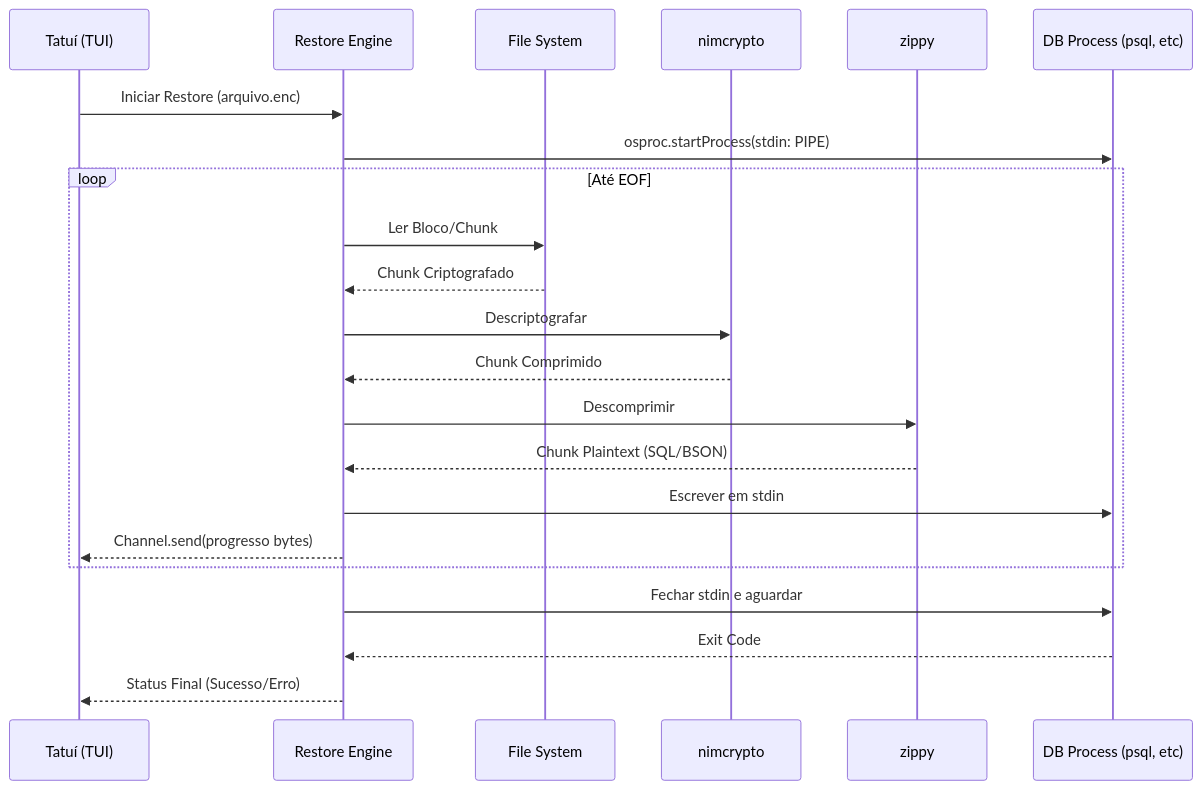
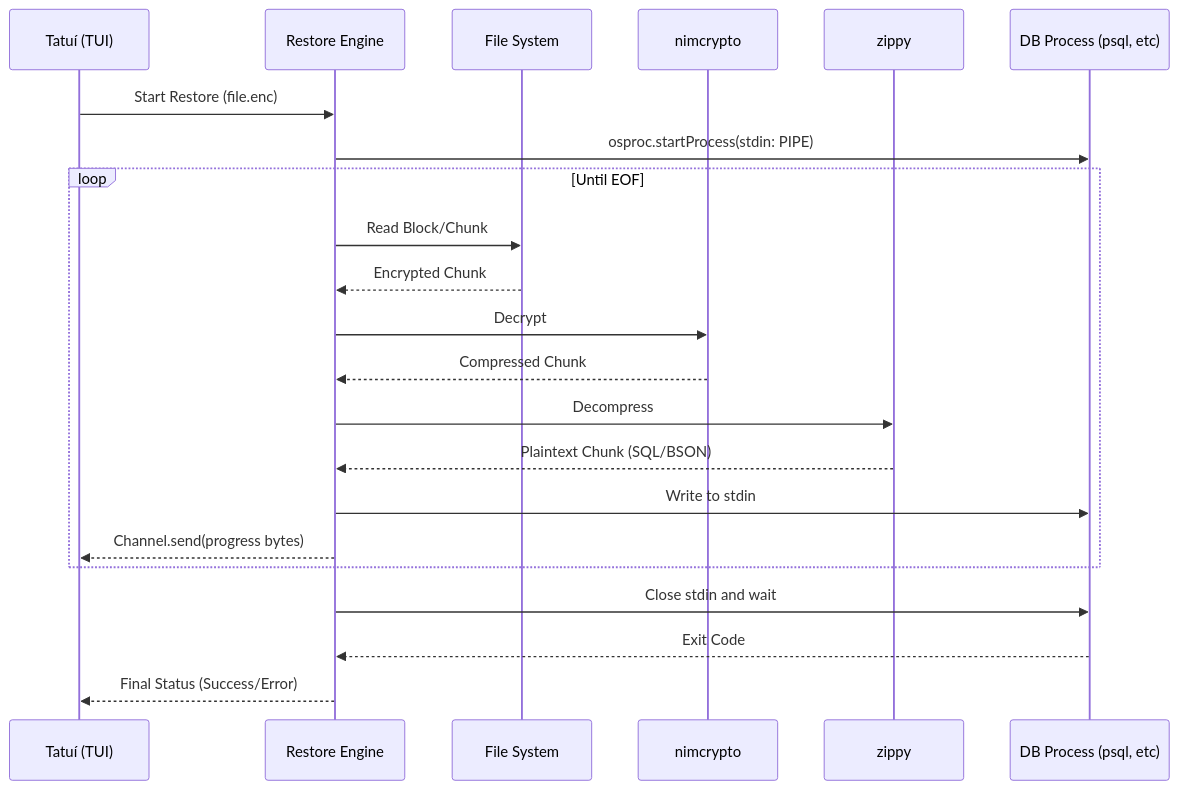
One commit to invector-tecnologia/cambalhota changed the diagram in docs/engineering/adrs/005_restore_engine_and_local_listing.md. Above: the diagram before and after it, drawn with Mermaid. The commit also changed other lines of this file and 60 other files, not shown here.

````diff
--- a/docs/engineering/adrs/005_restore_engine_and_local_listing.md
+++ b/docs/engineering/adrs/005_restore_engine_and_local_listing.md
@@ -29,30 +29,30 @@
 ```mermaid
 sequenceDiagram
     participant TUI as Tatuí (TUI)
     participant RE as Restore Engine
     participant FS as File System
     participant NC as nimcrypto
     participant ZP as zippy
     participant DB as DB Process (psql, etc)
 
-    TUI->>RE: Iniciar Restore (arquivo.enc)
+    TUI->>RE: Start Restore (file.enc)
     RE->>DB: osproc.startProcess(stdin: PIPE)
     
-    loop Até EOF
-        RE->>FS: Ler Bloco/Chunk
-        FS-->>RE: Chunk Criptografado
+    loop Until EOF
+        RE->>FS: Read Block/Chunk
+        FS-->>RE: Encrypted Chunk
         
-        RE->>NC: Descriptografar
-        NC-->>RE: Chunk Comprimido
+        RE->>NC: Decrypt
+        NC-->>RE: Compressed Chunk
         
-        RE->>ZP: Descomprimir
-        ZP-->>RE: Chunk Plaintext (SQL/BSON)
+        RE->>ZP: Decompress
+        ZP-->>RE: Plaintext Chunk (SQL/BSON)
         
-        RE->>DB: Escrever em stdin
-        RE-->>TUI: Channel.send(progresso bytes)
+        RE->>DB: Write to stdin
+        RE-->>TUI: Channel.send(progress bytes)
     end
     
-    RE->>DB: Fechar stdin e aguardar
+    RE->>DB: Close stdin and wait
     DB-->>RE: Exit Code
-    RE-->>TUI: Status Final (Sucesso/Erro)
+    RE-->>TUI: Final Status (Success/Error)
 ```
````
